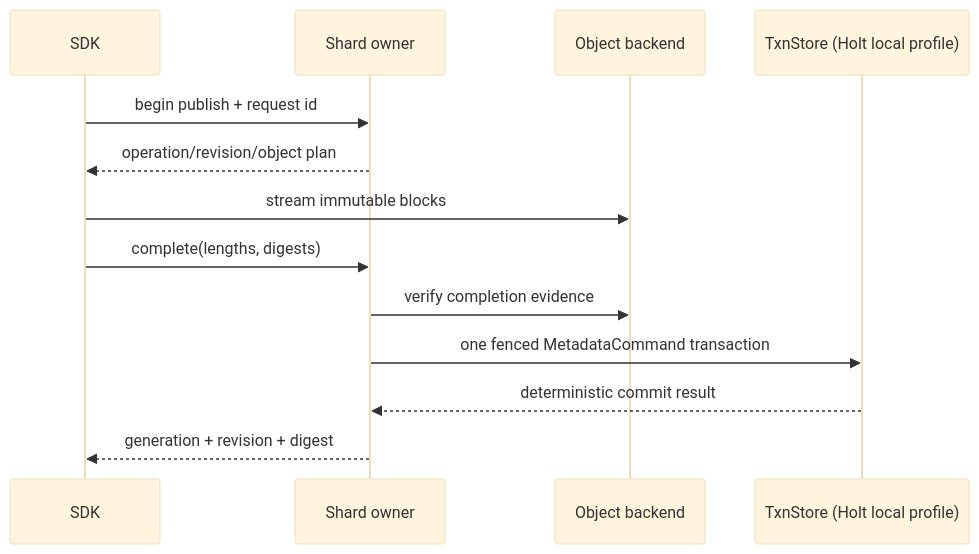
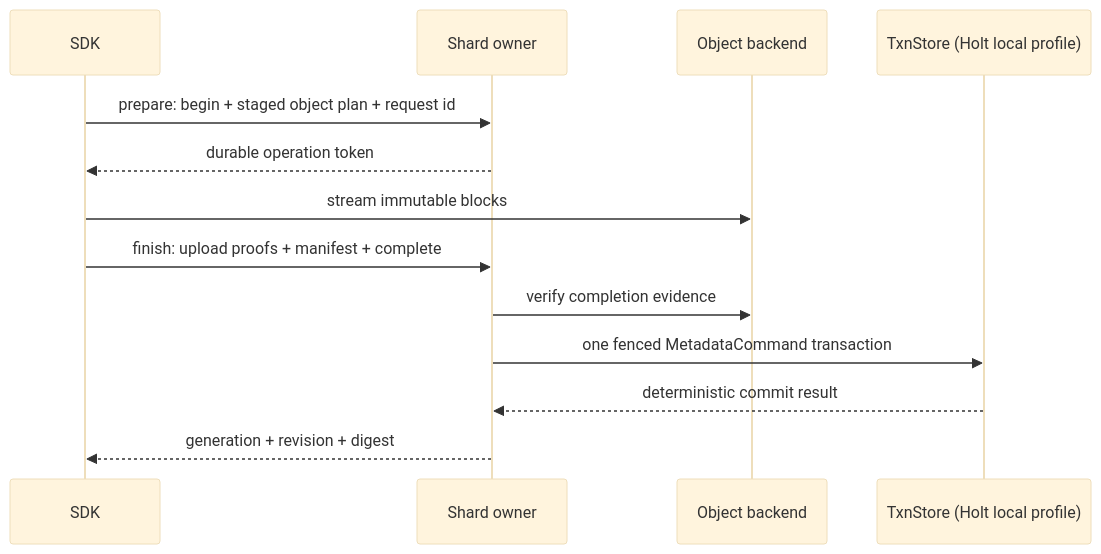
Before and after one commit to NoKV-Lab/NoKV: the fourth of 5 diagrams in docs/architecture.md, drawn with Mermaid (base theme). The commit also changed other lines of this file and 10 other files, not shown here.

````diff
--- a/docs/architecture.md
+++ b/docs/architecture.md
@@ -206,16 +207,16 @@
 ```mermaid
 sequenceDiagram
     participant C as SDK
     participant M as Shard owner
     participant O as Object backend
     participant S as TxnStore (Holt local profile)
 
-    C->>M: begin publish + request id
-    M-->>C: operation/revision/object plan
+    C->>M: prepare: begin + staged object plan + request id
+    M-->>C: durable operation token
     C->>O: stream immutable blocks
-    C->>M: complete(lengths, digests)
+    C->>M: finish: upload proofs + manifest + complete
     M->>O: verify completion evidence
     M->>S: one fenced MetadataCommand transaction
     S-->>M: deterministic commit result
     M-->>C: generation + revision + digest
 ```
````
